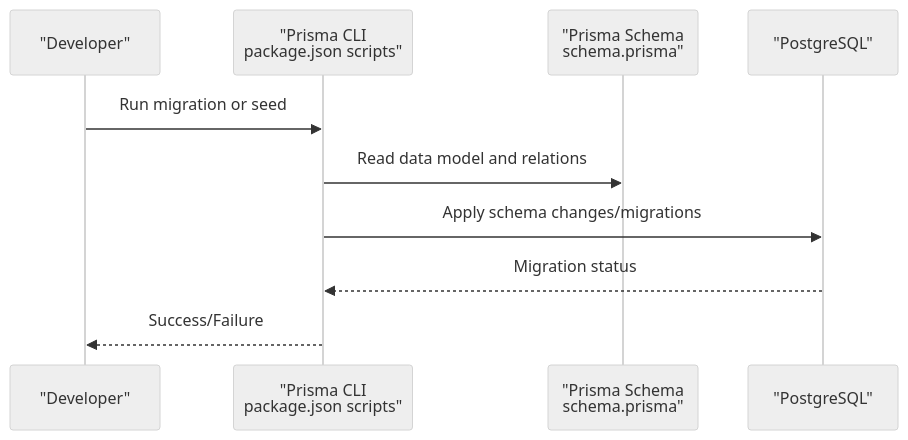
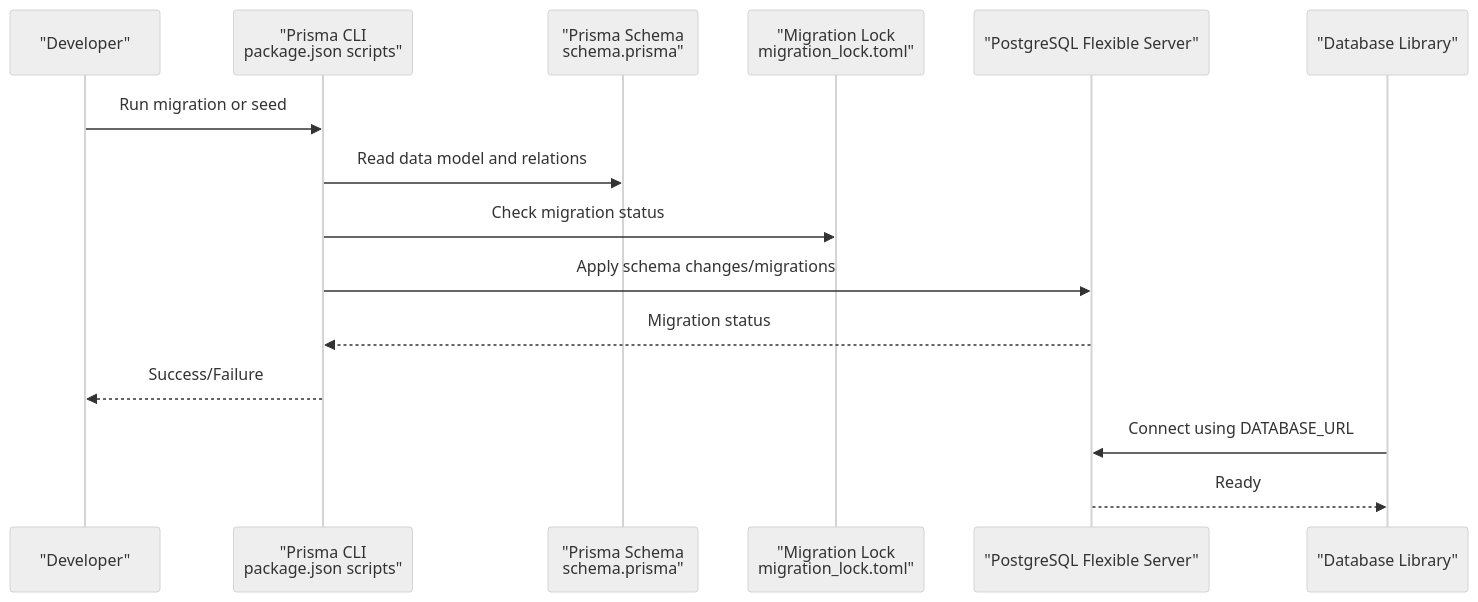
One commit to Avi-Bendetsky/Quiz-to-build changed the second of 7 diagrams in .qoder/repowiki/en/content/Database Management.md. Above: the diagram before and after it, drawn with Mermaid (neutral theme). The commit also changed other lines of this file and 41 other files, not shown here.

````diff
--- a/.qoder/repowiki/en/content/Database Management.md
+++ b/.qoder/repowiki/en/content/Database Management.md
@@ -114,12 +152,17 @@
 ```mermaid
 sequenceDiagram
 participant Dev as "Developer"
 participant CLI as "Prisma CLI<br/>package.json scripts"
 participant Schema as "Prisma Schema<br/>schema.prisma"
-participant DB as "PostgreSQL"
+participant MigrationLock as "Migration Lock<br/>migration_lock.toml"
+participant DB as "PostgreSQL Flexible Server"
+participant Lib as "Database Library"
 Dev->>CLI : Run migration or seed
 CLI->>Schema : Read data model and relations
+CLI->>MigrationLock : Check migration status
 CLI->>DB : Apply schema changes/migrations
 DB-->>CLI : Migration status
 CLI-->>Dev : Success/Failure
+Lib->>DB : Connect using DATABASE_URL
+DB-->>Lib : Ready
 ```
````
